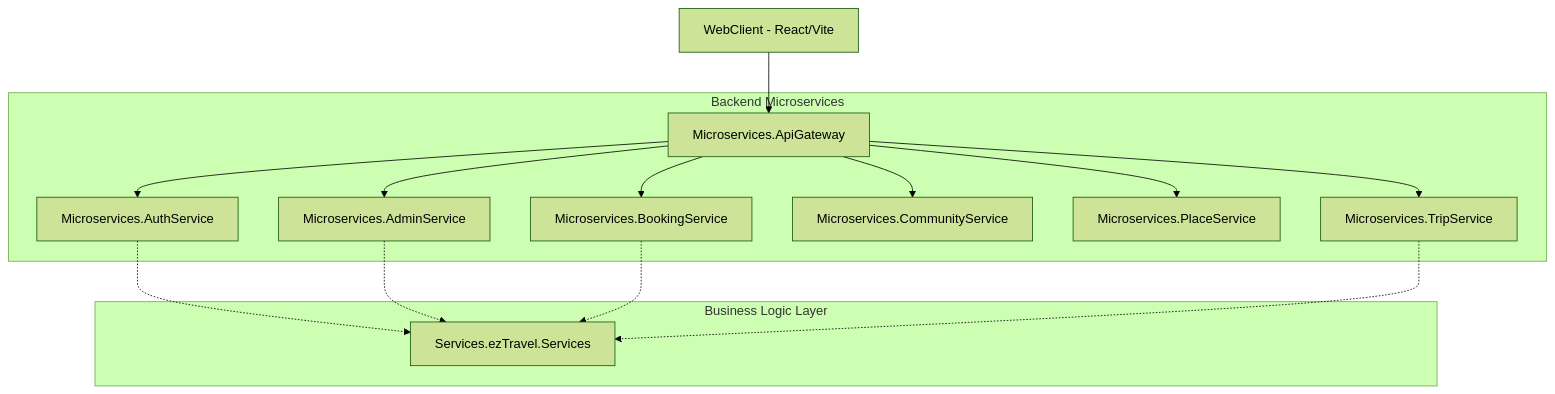
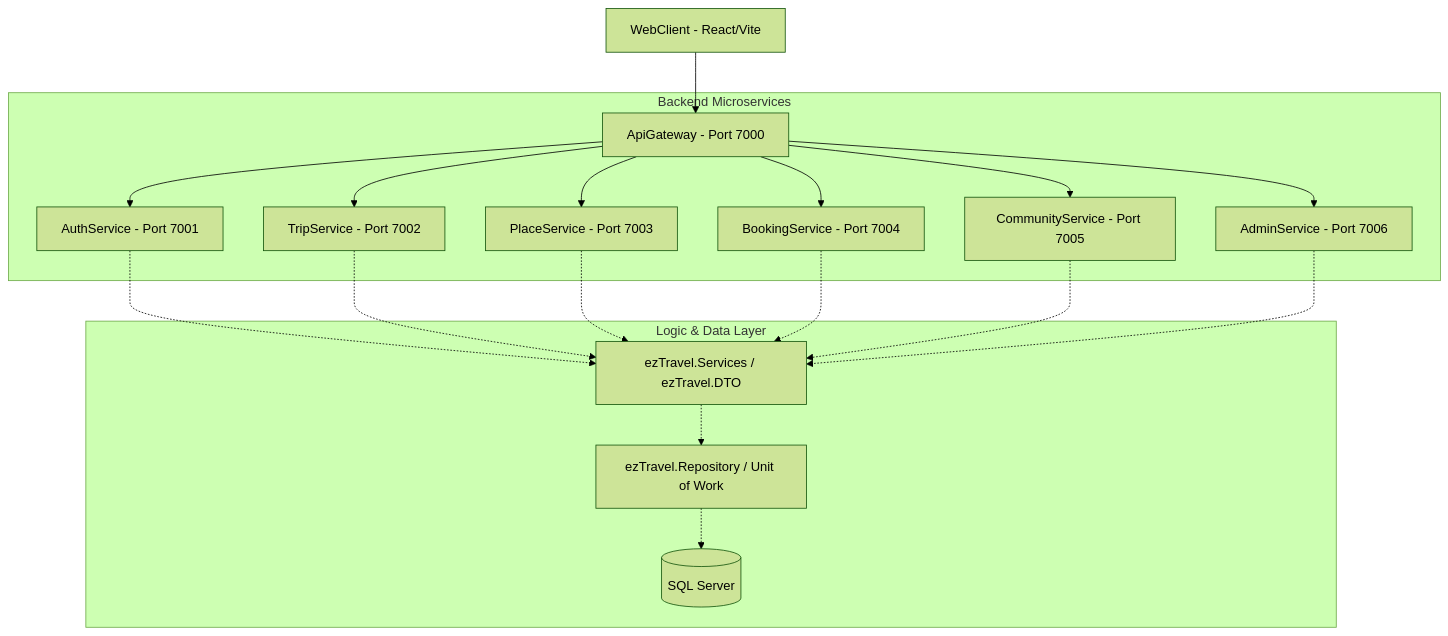
The diagram in project_map.md (AlienIntelligent/EZtravel_WEB), drawn with Mermaid (forest theme) before and after one commit. The commit also changed other lines of this file and 35 other files, not shown here.

````diff
--- a/project_map.md
+++ b/project_map.md
@@ -7,20 +7,19 @@
 ```mermaid
 graph TD
-    WebClient[WebClient - React/Vite] --> ApiGateway[Microservices.ApiGateway]
+    WebClient[WebClient - React/Vite] --> ApiGateway[ApiGateway - Port 7000]
     
     subgraph Backend Microservices
-        ApiGateway --> AuthService[Microservices.AuthService]
-        ApiGateway --> AdminService[Microservices.AdminService]
-        ApiGateway --> BookingService[Microservices.BookingService]
-        ApiGateway --> CommunityService[Microservices.CommunityService]
-        ApiGateway --> PlaceService[Microservices.PlaceService]
-        ApiGateway --> TripService[Microservices.TripService]
+        ApiGateway --> AuthService[AuthService - Port 7001]
+        ApiGateway --> TripService[TripService - Port 7002]
+        ApiGateway --> PlaceService[PlaceService - Port 7003]
+        ApiGateway --> BookingService[BookingService - Port 7004]
+        ApiGateway --> CommunityService[CommunityService - Port 7005]
+        ApiGateway --> AdminService[AdminService - Port 7006]
     end
 
-    subgraph Business Logic Layer
-        AuthService -.-> SrvAuth[Services.ezTravel.Services]
-        AdminService -.-> SrvAuth
-        BookingService -.-> SrvAuth
-        TripService -.-> SrvAuth
+    subgraph Logic & Data Layer
+        AuthService & TripService & PlaceService & BookingService & CommunityService & AdminService -.-> Services[ezTravel.Services / ezTravel.DTO]
+        Services -.-> Repository[ezTravel.Repository / Unit of Work]
+        Repository -.-> Database[(SQL Server)]
     end
 ```
````
